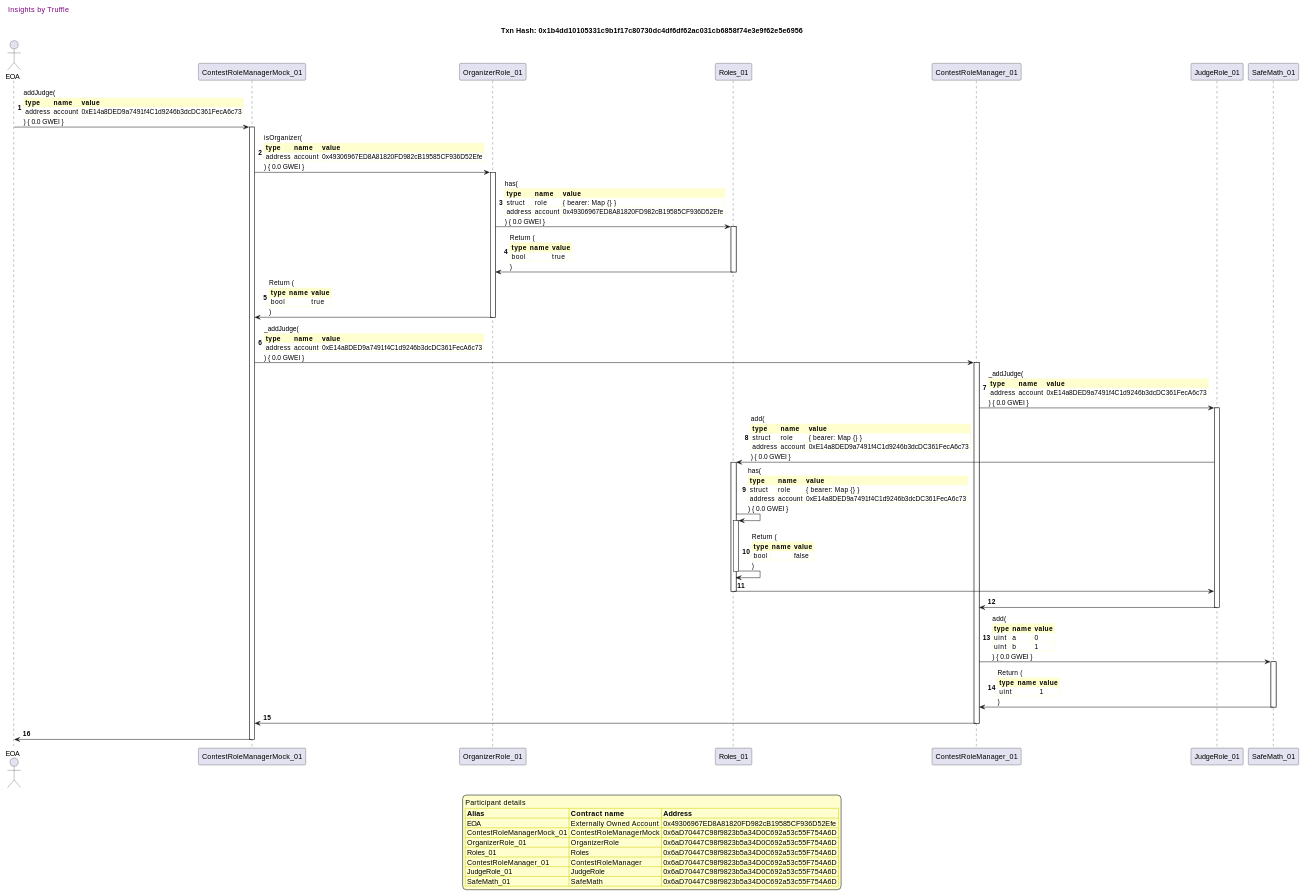
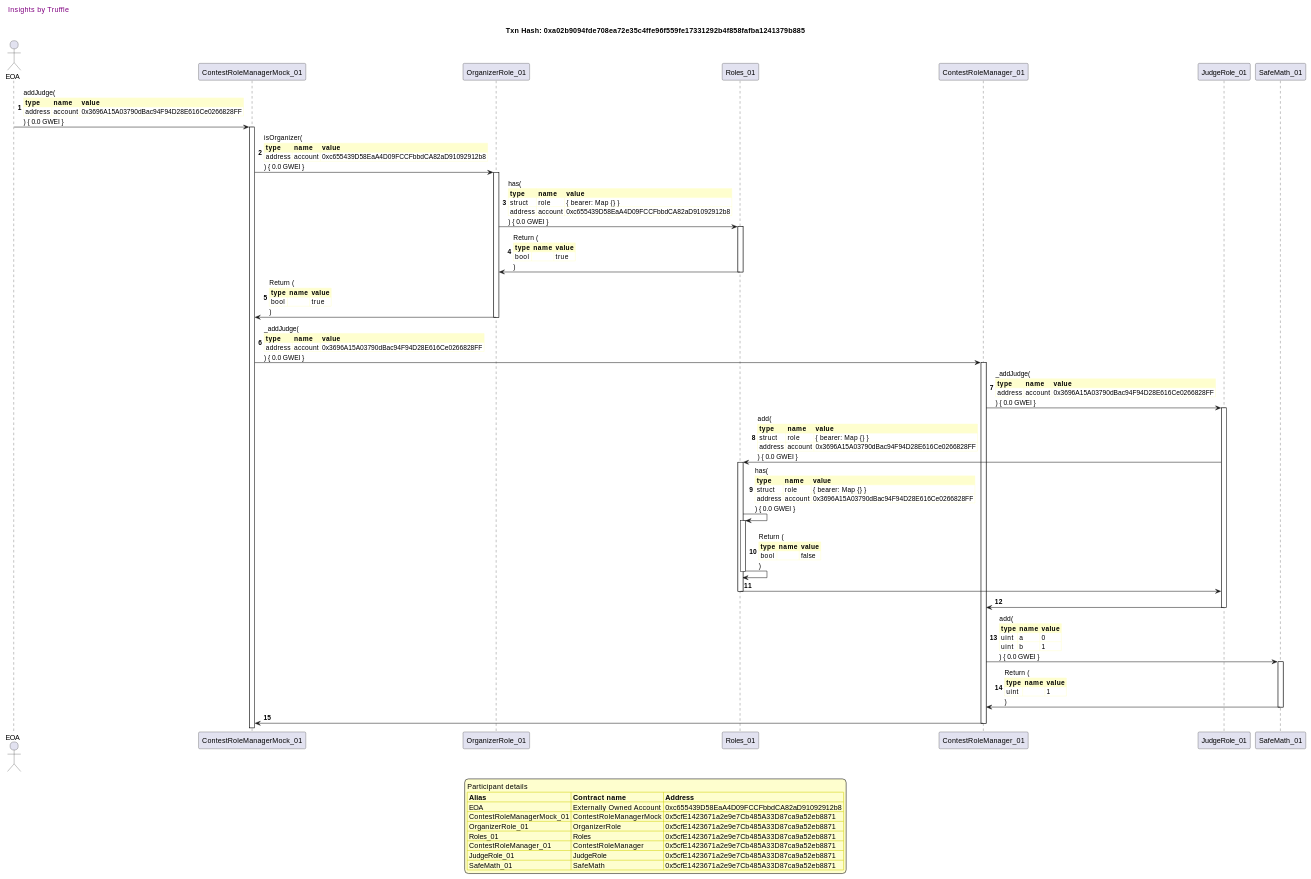
Before and after one commit to fodisi/hackapay: the ninth of 20 diagrams in truffle-seq/roles_contestrolemanager.md, drawn with PlantUML. The commit also changed other lines of this file and 10 other files, not shown here.

```diff
--- a/truffle-seq/roles_contestrolemanager.md
+++ b/truffle-seq/roles_contestrolemanager.md
@@ -763,7 +756,7 @@
 
 header Insights by Truffle
 
-title Txn Hash: 0x1b4dd10105331c9b1f17c80730dc4df6df62ac031cb6858f74e3e9f62e5e6956
+title Txn Hash: 0xa02b9094fde708ea72e35c4ffe96f559fe17331292b4f858fafba1241379b885
 
 
 actor EOA as "EOA"
@@ -776,16 +769,16 @@
 
 "EOA" -> "ContestRoleManagerMock_01" ++: addJudge(\n\
 <#FEFECE,#FEFECE>|= type |= name |= value |\n\
-| address | account | 0xE14a8DED9a7491f4C1d9246b3dcDC361FecA6c73 |\n\
+| address | account | 0x3696A15A03790dBac94F94D28E616Ce0266828FF |\n\
 ) { 0.0 GWEI }
 "ContestRoleManagerMock_01" -> "OrganizerRole_01" ++: isOrganizer(\n\
 <#FEFECE,#FEFECE>|= type |= name |= value |\n\
-| address | account | 0x49306967ED8A81820FD982cB19585CF936D52Efe |\n\
+| address | account | 0xc655439D58EaA4D09FCCFbbdCA82aD91092912b8 |\n\
 ) { 0.0 GWEI }
 "OrganizerRole_01" -> "Roles_01" ++: has(\n\
 <#FEFECE,#FEFECE>|= type |= name |= value |\n\
 | struct | role | { bearer: Map {} } |\n\
-| address | account | 0x49306967ED8A81820FD982cB19585CF936D52Efe |\n\
+| address | account | 0xc655439D58EaA4D09FCCFbbdCA82aD91092912b8 |\n\
 ) { 0.0 GWEI }
 "Roles_01" -> "OrganizerRole_01" --: Return (\n\
 <#FEFECE,#FEFECE>|= type |= name |= value |\n\
@@ -797,21 +790,21 @@
 )
 "ContestRoleManagerMock_01" -> "ContestRoleManager_01" ++: _addJudge(\n\
 <#FEFECE,#FEFECE>|= type |= name |= value |\n\
-| address | account | 0xE14a8DED9a7491f4C1d9246b3dcDC361FecA6c73 |\n\
+| address | account | 0x3696A15A03790dBac94F94D28E616Ce0266828FF |\n\
 ) { 0.0 GWEI }
 "ContestRoleManager_01" -> "JudgeRole_01" ++: _addJudge(\n\
 <#FEFECE,#FEFECE>|= type |= name |= value |\n\
-| address | account | 0xE14a8DED9a7491f4C1d9246b3dcDC361FecA6c73 |\n\
+| address | account | 0x3696A15A03790dBac94F94D28E616Ce0266828FF |\n\
 ) { 0.0 GWEI }
 "JudgeRole_01" -> "Roles_01" ++: add(\n\
 <#FEFECE,#FEFECE>|= type |= name |= value |\n\
 | struct | role | { bearer: Map {} } |\n\
-| address | account | 0xE14a8DED9a7491f4C1d9246b3dcDC361FecA6c73 |\n\
+| address | account | 0x3696A15A03790dBac94F94D28E616Ce0266828FF |\n\
 ) { 0.0 GWEI }
 "Roles_01" -> "Roles_01" ++: has(\n\
 <#FEFECE,#FEFECE>|= type |= name |= value |\n\
 | struct | role | { bearer: Map {} } |\n\
-| address | account | 0xE14a8DED9a7491f4C1d9246b3dcDC361FecA6c73 |\n\
+| address | account | 0x3696A15A03790dBac94F94D28E616Ce0266828FF |\n\
 ) { 0.0 GWEI }
 "Roles_01" -> "Roles_01" --: Return (\n\
 <#FEFECE,#FEFECE>|= type |= name |= value |\n\
@@ -829,18 +822,17 @@
 | uint |  | 1 |\n\
 )
 "ContestRoleManager_01" -> "ContestRoleManagerMock_01" --: 
-"ContestRoleManagerMock_01" -> "EOA" --: 
 
 legend
 Participant details
 <#FEFECE,#D0D000>|= Alias |= Contract name |= Address |
-<#FEFECE>| EOA | Externally Owned Account | 0x49306967ED8A81820FD982cB19585CF936D52Efe |
-<#FEFECE>| ContestRoleManagerMock_01 | ContestRoleManagerMock | 0x6aD70447C98f9823b5a34D0C692a53c55F754A6D |
-<#FEFECE>| OrganizerRole_01 | OrganizerRole | 0x6aD70447C98f9823b5a34D0C692a53c55F754A6D |
-<#FEFECE>| Roles_01 | Roles | 0x6aD70447C98f9823b5a34D0C692a53c55F754A6D |
-<#FEFECE>| ContestRoleManager_01 | ContestRoleManager | 0x6aD70447C98f9823b5a34D0C692a53c55F754A6D |
-<#FEFECE>| JudgeRole_01 | JudgeRole | 0x6aD70447C98f9823b5a34D0C692a53c55F754A6D |
-<#FEFECE>| SafeMath_01 | SafeMath | 0x6aD70447C98f9823b5a34D0C692a53c55F754A6D |
+<#FEFECE>| EOA | Externally Owned Account | 0xc655439D58EaA4D09FCCFbbdCA82aD91092912b8 |
+<#FEFECE>| ContestRoleManagerMock_01 | ContestRoleManagerMock | 0x5cfE1423671a2e9e7Cb485A33D87ca9a52eb8871 |
+<#FEFECE>| OrganizerRole_01 | OrganizerRole | 0x5cfE1423671a2e9e7Cb485A33D87ca9a52eb8871 |
+<#FEFECE>| Roles_01 | Roles | 0x5cfE1423671a2e9e7Cb485A33D87ca9a52eb8871 |
+<#FEFECE>| ContestRoleManager_01 | ContestRoleManager | 0x5cfE1423671a2e9e7Cb485A33D87ca9a52eb8871 |
+<#FEFECE>| JudgeRole_01 | JudgeRole | 0x5cfE1423671a2e9e7Cb485A33D87ca9a52eb8871 |
+<#FEFECE>| SafeMath_01 | SafeMath | 0x5cfE1423671a2e9e7Cb485A33D87ca9a52eb8871 |
 endlegend
 
 @enduml
```
